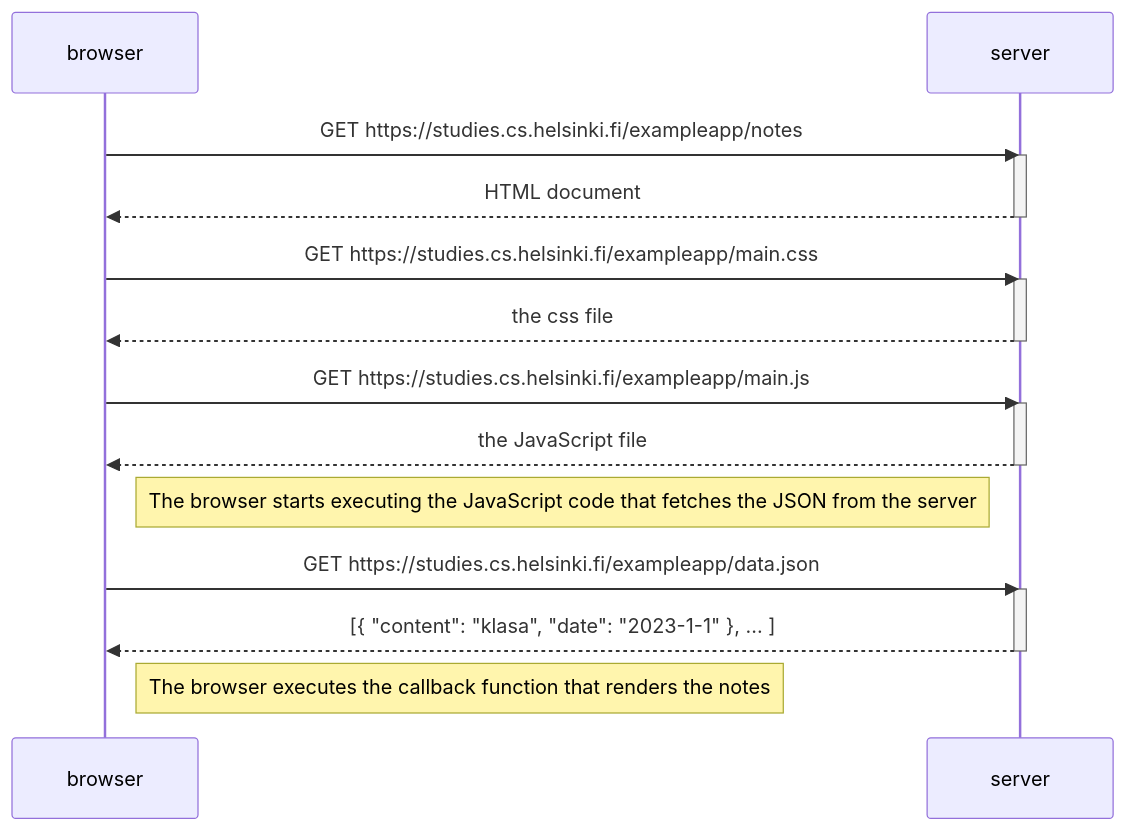
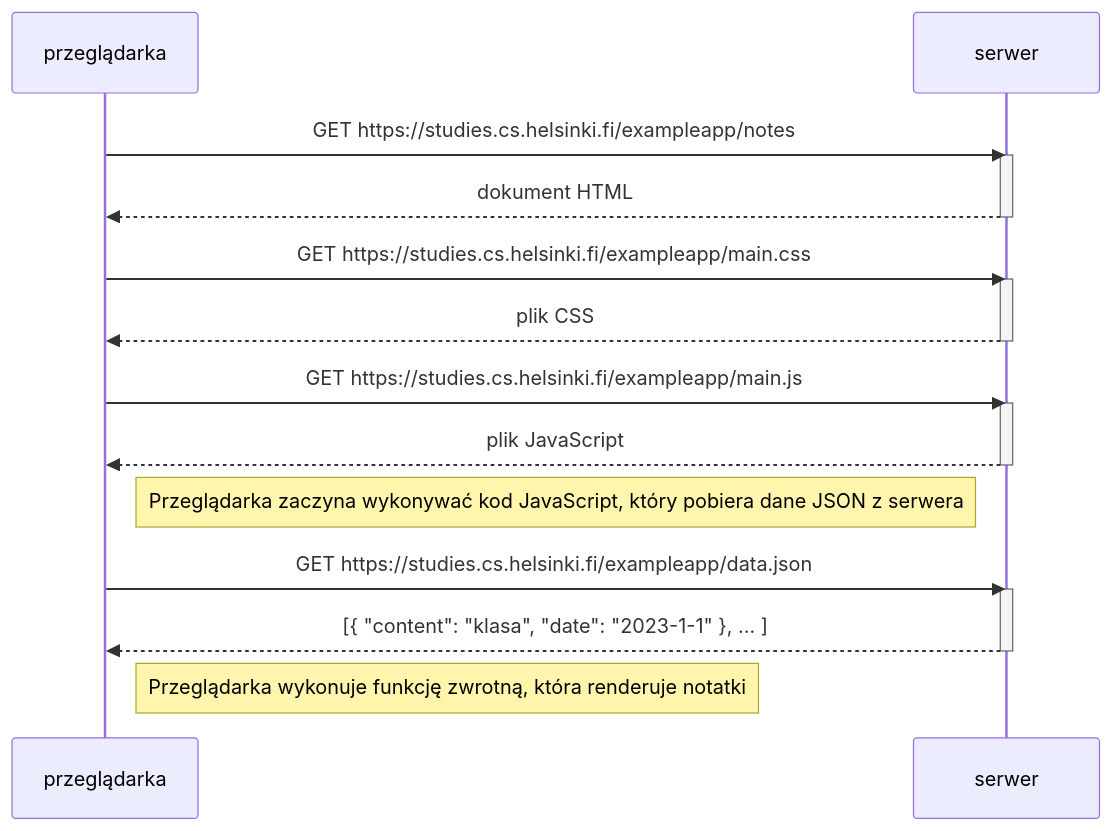
One commit to Layer2843/my-repo changed the diagram in Part0/zad0-4.mmd. Above: the diagram before and after it, drawn with Mermaid. The commit also changed 2 other files, not shown here.

```diff
--- a/Part0/zad0-4.mmd
+++ b/Part0/zad0-4.mmd
@@ -1,27 +1,27 @@
 sequenceDiagram
-    participant browser
-    participant server
+    participant przeglądarka
+    participant serwer
 
-    browser->>server: GET https://studies.cs.helsinki.fi/exampleapp/notes
-    activate server
-    server-->>browser: HTML document
-    deactivate server
+    przeglądarka->>serwer: GET https://studies.cs.helsinki.fi/exampleapp/notes
+    activate serwer
+    serwer-->>przeglądarka: dokument HTML
+    deactivate serwer
 
-    browser->>server: GET https://studies.cs.helsinki.fi/exampleapp/main.css
-    activate server
-    server-->>browser: the css file
-    deactivate server
+    przeglądarka->>serwer: GET https://studies.cs.helsinki.fi/exampleapp/main.css
+    activate serwer
+    serwer-->>przeglądarka: plik CSS
+    deactivate serwer
 
-    browser->>server: GET https://studies.cs.helsinki.fi/exampleapp/main.js
-    activate server
-    server-->>browser: the JavaScript file
-    deactivate server
+    przeglądarka->>serwer: GET https://studies.cs.helsinki.fi/exampleapp/main.js
+    activate serwer
+    serwer-->>przeglądarka: plik JavaScript
+    deactivate serwer
 
-    Note right of browser: The browser starts executing the JavaScript code that fetches the JSON from the server
+    Note right of przeglądarka: Przeglądarka zaczyna wykonywać kod JavaScript, który pobiera dane JSON z serwera
 
-    browser->>server: GET https://studies.cs.helsinki.fi/exampleapp/data.json
-    activate server
-    server-->>browser: [{ "content": "klasa", "date": "2023-1-1" }, ... ]
-    deactivate server
+    przeglądarka->>serwer: GET https://studies.cs.helsinki.fi/exampleapp/data.json
+    activate serwer
+    serwer-->>przeglądarka: [{ "content": "klasa", "date": "2023-1-1" }, ... ]
+    deactivate serwer
 
-    Note right of browser: The browser executes the callback function that renders the notes
+    Note right of przeglądarka: Przeglądarka wykonuje funkcję zwrotną, która renderuje notatki
```
